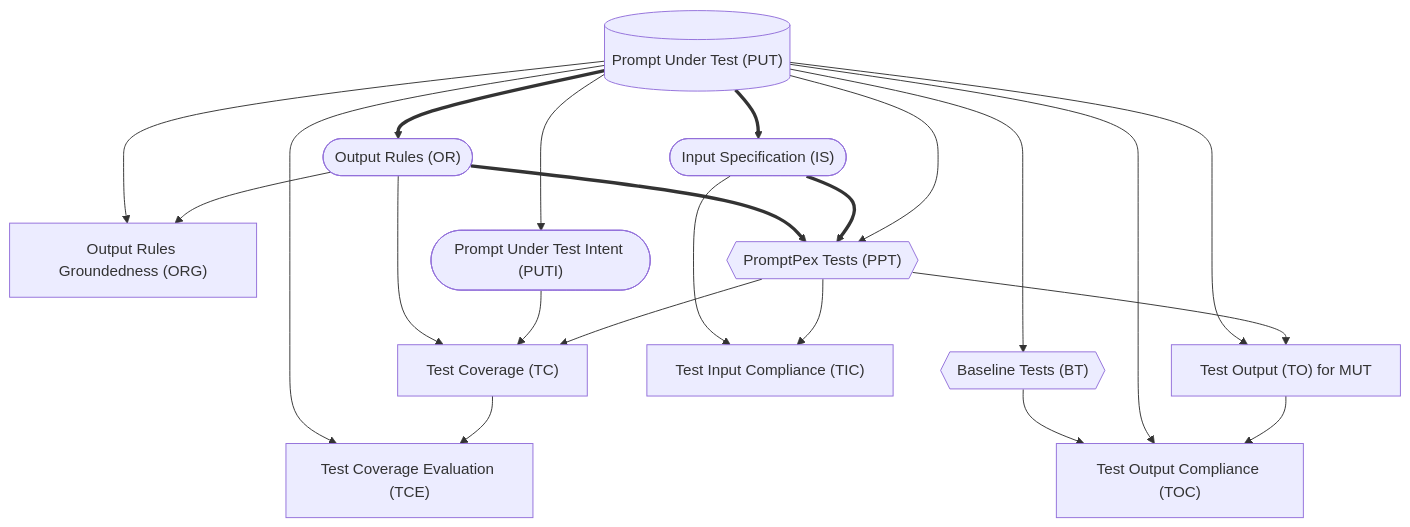
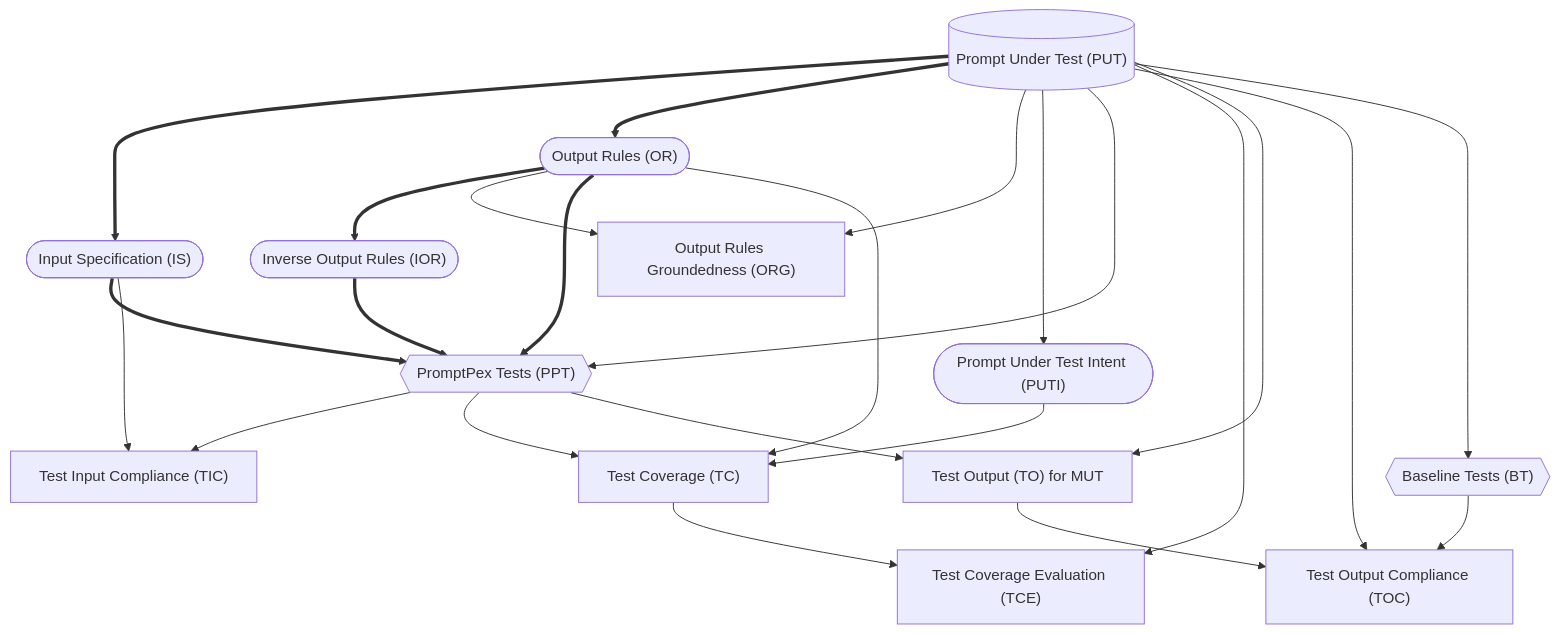
The second of 2 diagrams in README.md (sihyun-ahn/CS453-KGA), drawn with Mermaid before and after one commit. The commit also changed other lines of this file and 2 other files, not shown here.

````diff
--- a/README.md
+++ b/README.md
@@ -103,48 +107,51 @@
 ```mermaid
 graph TD
     PUT[("Prompt Under Test (PUT)")]
     IS(["Input Specification (IS)"])
     OR(["Output Rules (OR)"])
+    IOR(["Inverse Output Rules (IOR)"])
     ORG["Output Rules Groundedness (ORG)"]
     PUTI(["Prompt Under Test Intent (PUTI)"])
     PPT{{"PromptPex Tests (PPT)"}}
     TC["Test Coverage (TC)"]
     TCE["Test Coverage Evaluation (TCE)"]
     TO["Test Output (TO) for MUT"]
     TOC["Test Output Compliance (TOC)"]
     TIC["Test Input Compliance (TIC)"]
     BT{{"Baseline Tests (BT)"}}
 
     PUT ==> IS
 
     PUT ==> OR
+    OR ==> IOR
 
     OR --> ORG
     PUT --> ORG
 
     PUT --> PUTI
 
     PUT --> PPT
     IS ==> PPT
     OR ==> PPT
+    IOR ==> PPT
 
     PPT --> TIC
     IS --> TIC
 
     PPT --> TC
     PUTI --> TC
     OR --> TC
 
     TC --> TCE
     PUT --> TCE
     
 
     PPT --> TO
     PUT --> TO
 
     TO --> TOC
     PUT --> TOC
 
     PUT --> BT
     BT --> TOC
 ```
````
